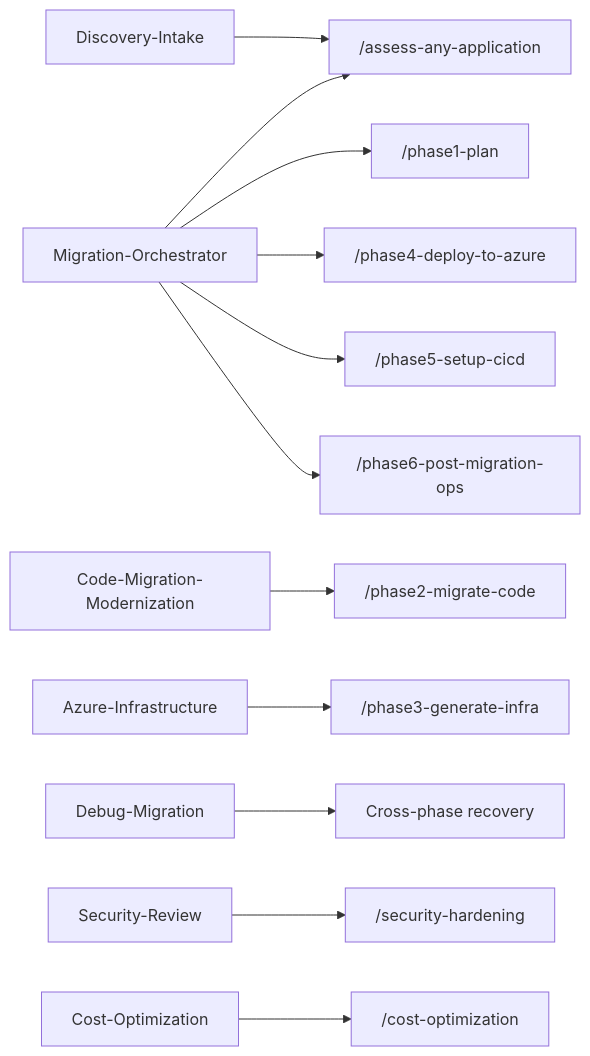
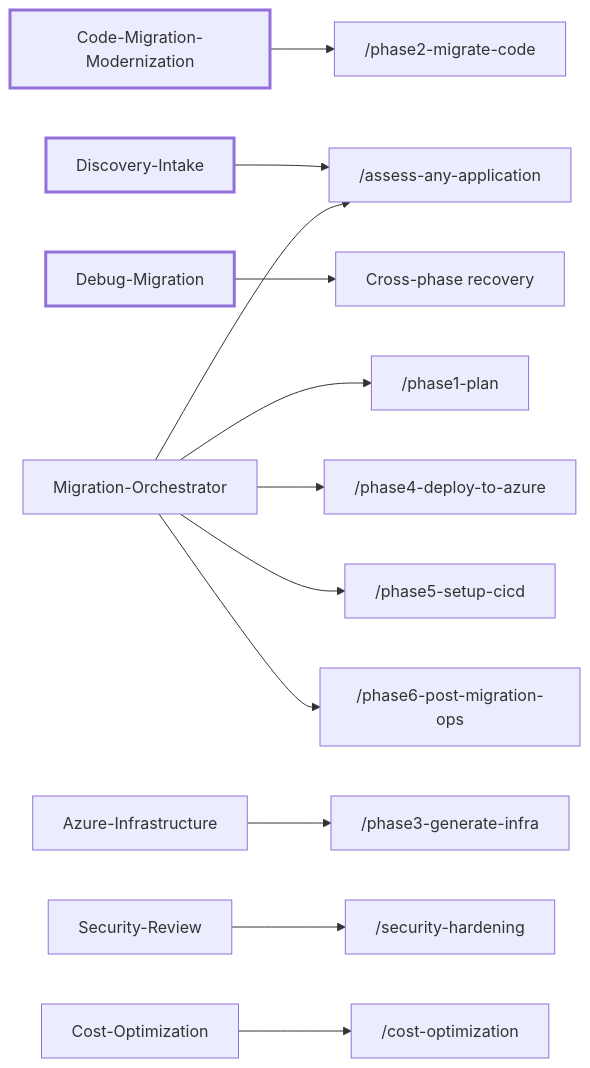
The sixth of 7 diagrams in docs/architecture/ARCHITECTURE.md (RobertoBorges/GHCP-PromptMigration), drawn with Mermaid before and after one commit. The commit also changed other lines of this file and 23 other files, not shown here.

````diff
--- a/docs/architecture/ARCHITECTURE.md
+++ b/docs/architecture/ARCHITECTURE.md
@@ -432,14 +444,17 @@
 ```mermaid
 graph LR
-    CM0[Migration-Orchestrator] --> P0["/assess-any-application"]
+    CM1[Code-Migration-Modernization]:::door --> P2["/phase2-migrate-code"]
+    CMD[Discovery-Intake]:::door --> P0["/assess-any-application"]
+    CM3[Debug-Migration]:::door --> PX[Cross-phase recovery]
+
+    CM0[Migration-Orchestrator] --> P0
     CM0 --> P1["/phase1-plan"]
-    CMD[Discovery-Intake] --> P0
-    CM1[Code-Migration-Modernization] --> P2["/phase2-migrate-code"]
     CM2[Azure-Infrastructure] --> P3["/phase3-generate-infra"]
     CM0 --> P4["/phase4-deploy-to-azure"]
     CM0 --> P5["/phase5-setup-cicd"]
     CM0 --> P6["/phase6-post-migration-ops"]
-    CM3[Debug-Migration] --> PX[Cross-phase recovery]
     CM4[Security-Review] --> PS["/security-hardening"]
     CM5[Cost-Optimization] --> PC["/cost-optimization"]
+
+    classDef door stroke-width:3px;
 ```
````
